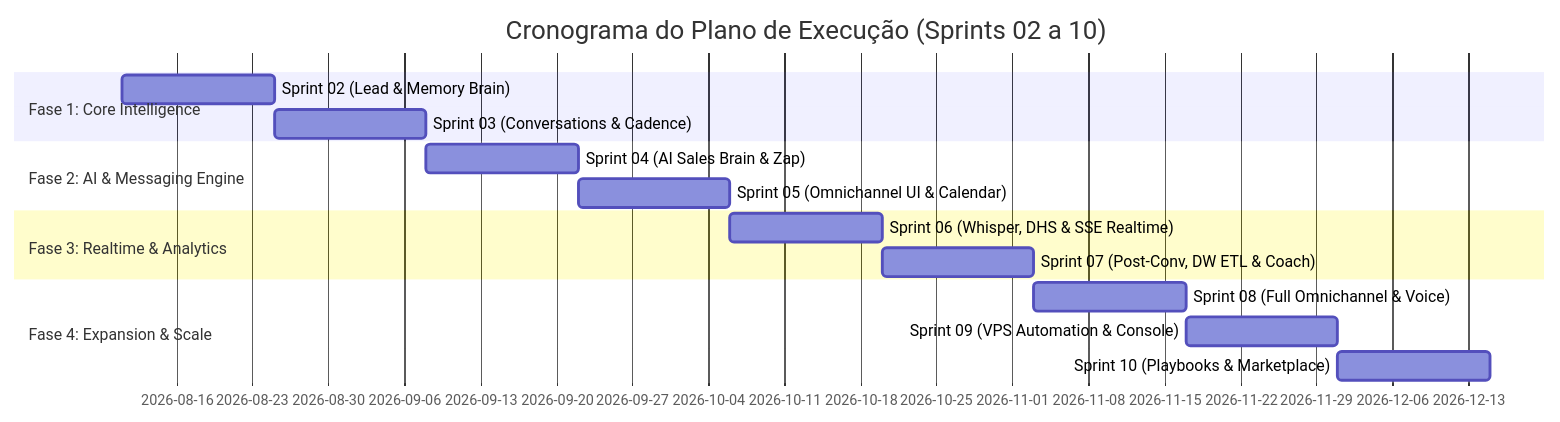
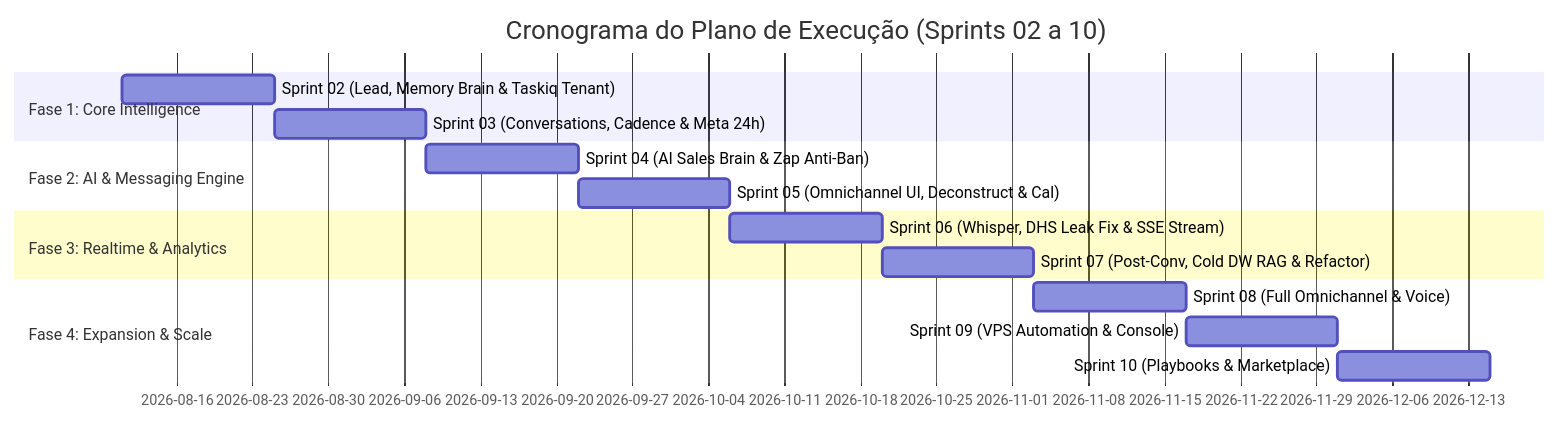
One commit to Fernando-DaSilva/Revenue_SDR_Architecture changed the diagram in PLAN_OF_EXECUTION.md. Above: the diagram before and after it, drawn with Mermaid. The commit also changed other lines of this file and 9 other files, not shown here.

Commit message:
docs(architecture): sincroniza arquitetura, planos de execucao e adiciona ADRs 030, 031 e 032 pos auditoria de qualidade

````diff
--- a/PLAN_OF_EXECUTION.md
+++ b/PLAN_OF_EXECUTION.md
@@ -62,18 +80,18 @@
 ```mermaid
 gantt
     title Cronograma do Plano de Execução (Sprints 02 a 10)
     dateFormat  YYYY-MM-DD
     section Fase 1: Core Intelligence
-    Sprint 02 (Lead & Memory Brain)         :s2, 2026-08-11, 14d
-    Sprint 03 (Conversations & Cadence)       :s3, after s2, 14d
+    Sprint 02 (Lead, Memory Brain & Taskiq Tenant)  :s2, 2026-08-11, 14d
+    Sprint 03 (Conversations, Cadence & Meta 24h)   :s3, after s2, 14d
     section Fase 2: AI & Messaging Engine
-    Sprint 04 (AI Sales Brain & Zap)         :s4, after s3, 14d
-    Sprint 05 (Omnichannel UI & Calendar)    :s5, after s4, 14d
+    Sprint 04 (AI Sales Brain & Zap Anti-Ban)       :s4, after s3, 14d
+    Sprint 05 (Omnichannel UI, Deconstruct & Cal)   :s5, after s4, 14d
     section Fase 3: Realtime & Analytics
-    Sprint 06 (Whisper, DHS & SSE Realtime)  :s6, after s5, 14d
-    Sprint 07 (Post-Conv, DW ETL & Coach)    :s7, after s6, 14d
+    Sprint 06 (Whisper, DHS Leak Fix & SSE Stream)  :s6, after s5, 14d
+    Sprint 07 (Post-Conv, Cold DW RAG & Refactor)   :s7, after s6, 14d
     section Fase 4: Expansion & Scale
-    Sprint 08 (Full Omnichannel & Voice)     :s8, after s7, 14d
-    Sprint 09 (VPS Automation & Console)     :s9, after s8, 14d
-    Sprint 10 (Playbooks & Marketplace)      :s10, after s9, 14d
+    Sprint 08 (Full Omnichannel & Voice)            :s8, after s7, 14d
+    Sprint 09 (VPS Automation & Console)            :s9, after s8, 14d
+    Sprint 10 (Playbooks & Marketplace)             :s10, after s9, 14d
 ```
````
